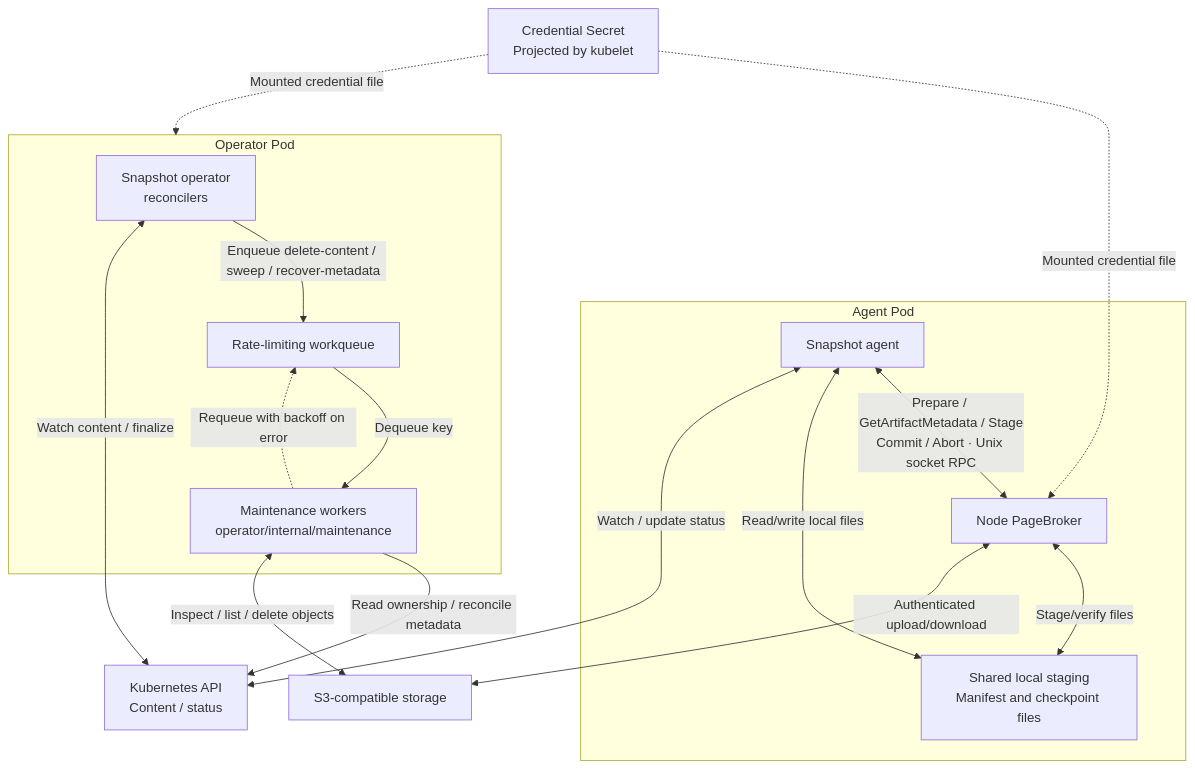
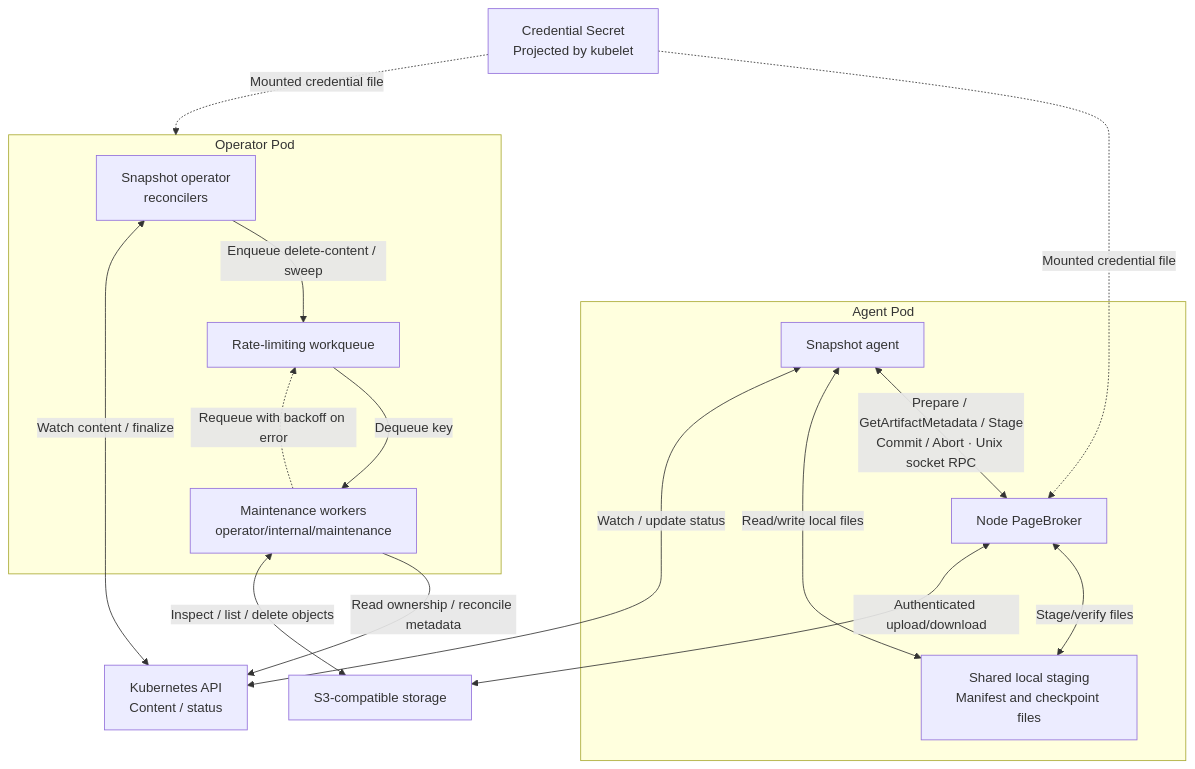
Before and after one commit to AlanFokCo/snapshot: the first of 4 diagrams in docs/proposals/237-s3-storage/README.md, drawn with Mermaid. The commit also changed other lines of this file, not shown here.

First line of the commit message:
docs(SNEP-237): drop recover-metadata and take commitID out of the object path

````diff
--- a/docs/proposals/237-s3-storage/README.md
+++ b/docs/proposals/237-s3-storage/README.md
@@ -83,32 +83,32 @@
 ```mermaid
 flowchart TB
     API["Kubernetes API<br/>Content / status"]
     Secret["Credential Secret<br/>Projected by kubelet"]
     S3["S3-compatible storage"]
 
     subgraph AgentPod["Agent Pod"]
         Agent["Snapshot agent"]
         NodePB["Node PageBroker"]
         Files["Shared local staging<br/>Manifest and checkpoint files"]
         Agent <-->|"Prepare / GetArtifactMetadata / Stage<br/>Commit / Abort · Unix socket RPC"| NodePB
         Agent <-->|"Read/write local files"| Files
         NodePB <-->|"Stage/verify files"| Files
     end
 
     subgraph OperatorPod["Operator Pod"]
         Operator["Snapshot operator<br/>reconcilers"]
         Queue["Rate-limiting workqueue"]
         Workers["Maintenance workers<br/>operator/internal/maintenance"]
-        Operator -->|"Enqueue delete-content / sweep / recover-metadata"| Queue
+        Operator -->|"Enqueue delete-content / sweep"| Queue
         Queue -->|"Dequeue key"| Workers
         Workers -.->|"Requeue with backoff on error"| Queue
     end
 
     Agent <-->|"Watch / update status"| API
     Operator <-->|"Watch content / finalize"| API
     Workers -->|"Read ownership / reconcile metadata"| API
     NodePB <-->|"Authenticated upload/download"| S3
     Workers <-->|"Inspect / list / delete objects"| S3
     Secret -.->|"Mounted credential file"| NodePB
     Secret -.->|"Mounted credential file"| OperatorPod
 ```
````
